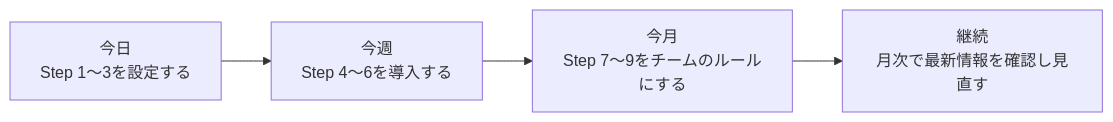
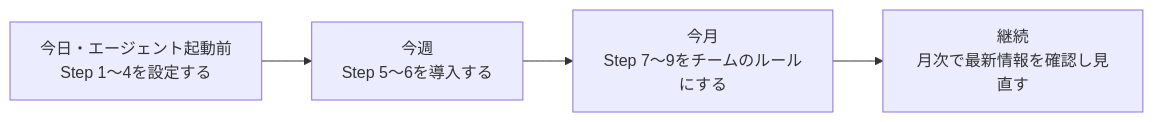
One commit to myoshi2891/Security_Studies changed the ninth of 9 diagrams in Ai-coding-safety-guide.md. Above: the diagram before and after it, drawn with Mermaid. The commit also changed other lines of this file, not shown here.

First line of the commit message:
docs(ai-coding): clarify config file review steps and prioritize sandbox setup in roadmap

````diff
--- a/Ai-coding-safety-guide.md
+++ b/Ai-coding-safety-guide.md
@@ -901,6 +901,6 @@
 ```mermaid
 flowchart LR
-    A["今日<br/>Step 1〜3を設定する"] --> B["今週<br/>Step 4〜6を導入する"]
+    A["今日・エージェント起動前<br/>Step 1〜4を設定する"] --> B["今週<br/>Step 5〜6を導入する"]
     B --> C["今月<br/>Step 7〜9をチームのルールにする"]
     C --> D["継続<br/>月次で最新情報を確認し見直す"]
 ```
````
